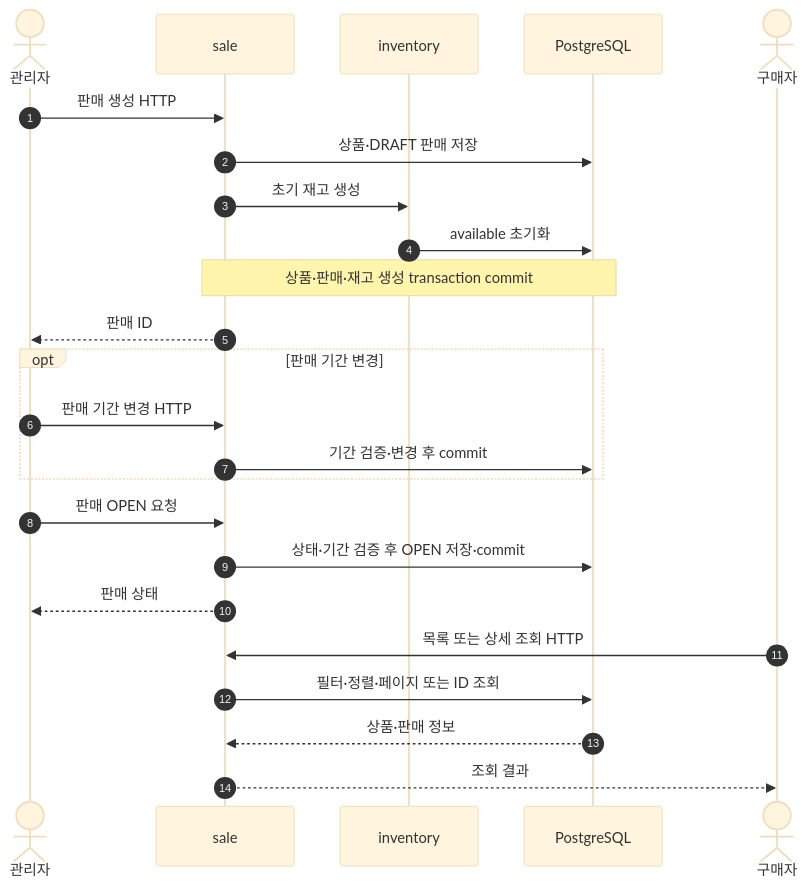
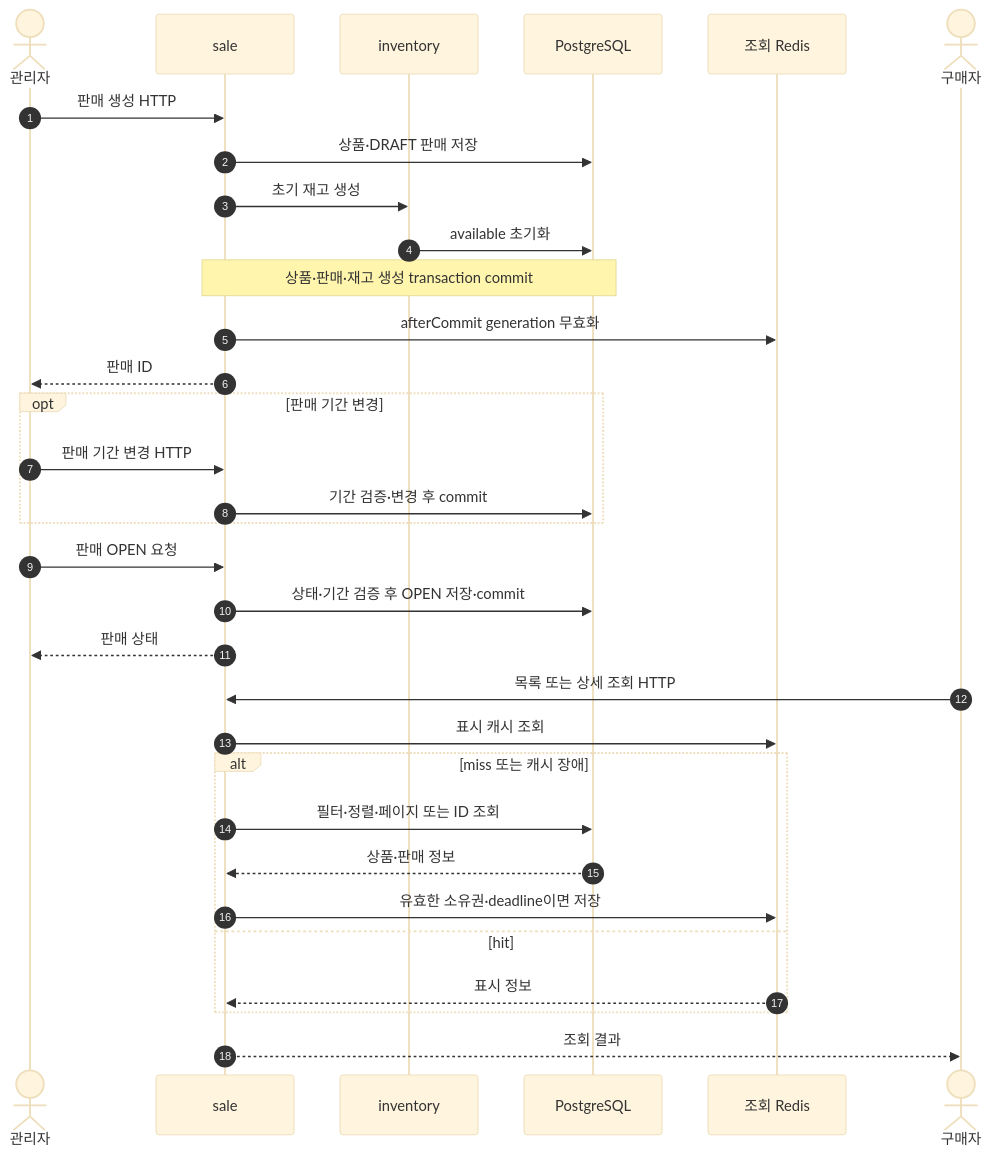
One commit to DevelopHeon/limited-ticketing changed the first of 8 diagrams in docs/architecture/business-flows.md. Above: the diagram before and after it, drawn with Mermaid (base theme). The commit also changed other lines of this file and 57 other files, not shown here.

````diff
--- a/docs/architecture/business-flows.md
+++ b/docs/architecture/business-flows.md
@@ -32,26 +32,34 @@
 ```mermaid
 sequenceDiagram
     autonumber
     actor Admin as 관리자
     participant Sale as sale
     participant Inventory as inventory
     participant DB as PostgreSQL
+    participant Cache as 조회 Redis
     actor Buyer as 구매자
     Admin->>Sale: 판매 생성 HTTP
     Sale->>DB: 상품·DRAFT 판매 저장
     Sale->>Inventory: 초기 재고 생성
     Inventory->>DB: available 초기화
     Note over Sale,DB: 상품·판매·재고 생성 transaction commit
+    Sale->>Cache: afterCommit generation 무효화
     Sale-->>Admin: 판매 ID
     opt 판매 기간 변경
         Admin->>Sale: 판매 기간 변경 HTTP
         Sale->>DB: 기간 검증·변경 후 commit
     end
     Admin->>Sale: 판매 OPEN 요청
     Sale->>DB: 상태·기간 검증 후 OPEN 저장·commit
     Sale-->>Admin: 판매 상태
     Buyer->>Sale: 목록 또는 상세 조회 HTTP
-    Sale->>DB: 필터·정렬·페이지 또는 ID 조회
-    DB-->>Sale: 상품·판매 정보
+    Sale->>Cache: 표시 캐시 조회
+    alt miss 또는 캐시 장애
+        Sale->>DB: 필터·정렬·페이지 또는 ID 조회
+        DB-->>Sale: 상품·판매 정보
+        Sale->>Cache: 유효한 소유권·deadline이면 저장
+    else hit
+        Cache-->>Sale: 표시 정보
+    end
     Sale-->>Buyer: 조회 결과
 ```
````
